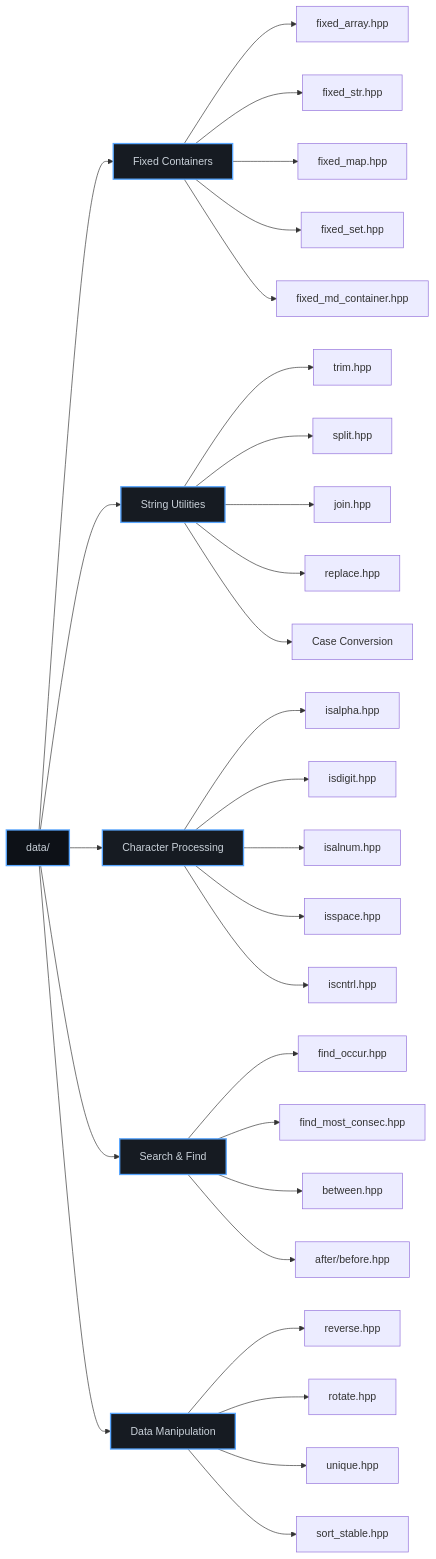
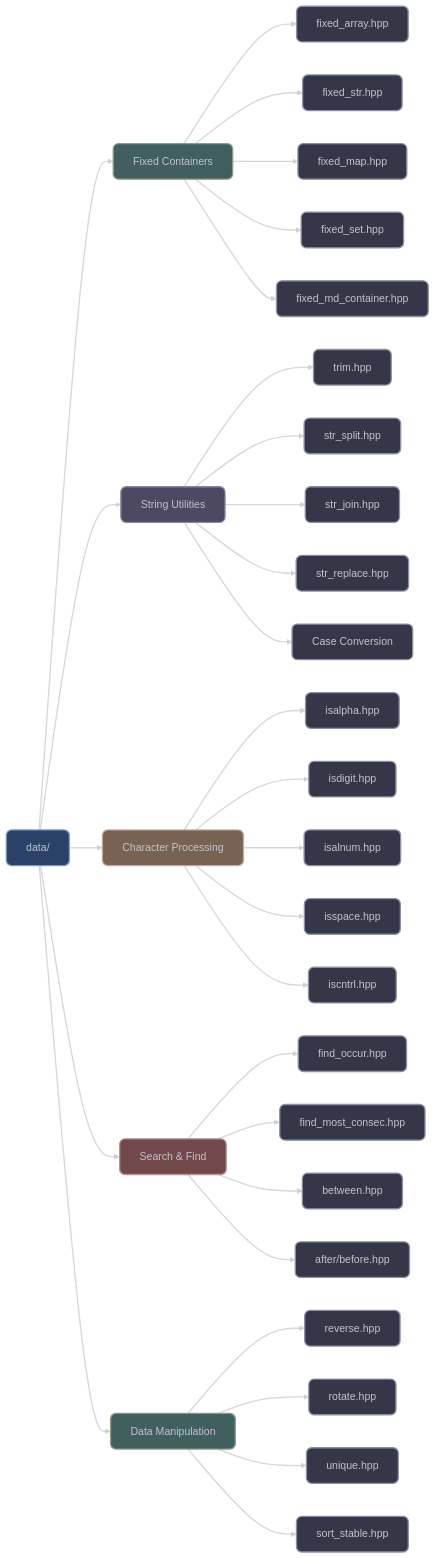
Before and after one commit to vorlac/xieite: the first of 3 diagrams in docs/src/categories/data/README.md, drawn with Mermaid. The commit also changed other lines of this file and 44 other files, not shown here.

````diff
--- a/docs/src/categories/data/README.md
+++ b/docs/src/categories/data/README.md
@@ -7,5 +7,43 @@
 ```mermaid
-graph LR
+---
+config:
+    theme: 'base'
+    curve: 'straight'
+    themeVariables:
+        darkMode: true
+        clusterBkg: '#22272f62'
+        clusterBorder: '#6a6f77ff'
+        clusterTextColor: '#6a6f77ff'
+        lineColor: '#C1C4CAAA'
+        background: '#262B33'
+        primaryColor: '#2b4268ff'
+        primaryTextColor: '#C1C4CAff'
+        primaryBorderColor: '#6a6f77ff'
+        primaryLabelBkg: '#262B33'
+        secondaryColor: '#425f5fff'
+        secondaryBorderColor: '#8c9c81ff'
+        secondaryTextColor: '#C1C4CAff'
+        tertiaryColor: '#4d4962ff'
+        tertiaryBorderColor: '#8983a5ff'
+        tertiaryTextColor: '#eeeeee55'
+        nodeTextColor: '#C1C4CA'
+        defaultLinkColor: '#C1C4CA'
+        edgeLabelBackground: '#262B33'
+        edgeLabelBorderColor: '#C1C4CAff'
+        labelTextColor: '#ffffff'
+        errorBkgColor: '#724848ff'
+        errorTextColor: '#C1C4CA'
+        flowchart:
+            curve: 'basis'
+            nodeSpacing: 50
+            rankSpacing: 50
+            subGraphTitleMargin:
+                top: 15
+                bottom: 15
+                left: 15
+                right: 15
+---
+flowchart LR
     Data[data/]
 
     Data --> Fixed[Fixed Containers]
@@ -21,9 +59,9 @@
     Fixed --> fixed_md[fixed_md_container.hpp]
 
     Str --> trim[trim.hpp]
-    Str --> split[split.hpp]
-    Str --> join[join.hpp]
-    Str --> replace[replace.hpp]
+    Str --> split[str_split.hpp]
+    Str --> join[str_join.hpp]
+    Str --> replace[str_replace.hpp]
     Str --> case[Case Conversion]
 
     Char --> isalpha[isalpha.hpp]
@@ -48,4 +86,38 @@
     style Char fill:#161b22,stroke:#58a6ff,stroke-width:2px,color:#c9d1d9
     style Search fill:#161b22,stroke:#58a6ff,stroke-width:2px,color:#c9d1d9
     style Manip fill:#161b22,stroke:#58a6ff,stroke-width:2px,color:#c9d1d9
+
+
+    linkStyle default stroke:#C1C4CAaa,stroke-width:2px,color:#C1C4CAaa
+
+    style Data fill:#2b4268ff,stroke:#779DC9ff,stroke-width:2px,color:#C1C4CA,rx:8,ry:8
+    style Fixed fill:#425f5fff,stroke:#8c9c81ff,stroke-width:2px,color:#C1C4CA,rx:8,ry:8
+    style Str fill:#4d4962ff,stroke:#8983a5ff,stroke-width:2px,color:#C1C4CA,rx:8,ry:8
+    style Char fill:#7a6253ff,stroke:#c7ac9bff,stroke-width:2px,color:#C1C4CA,rx:8,ry:8
+    style Search fill:#724848ff,stroke:#ac9696ff,stroke-width:2px,color:#C1C4CA,rx:8,ry:8
+    style Manip fill:#425f5fff,stroke:#8c9c81ff,stroke-width:2px,color:#C1C4CA,rx:8,ry:8
+
+    style fixed_array fill: #353748ff,stroke:#8c90a4ff,stroke-width:2px,color:#C1C4CA,rx:8,ry:8
+    style fixed_str fill: #353748ff,stroke:#8c90a4ff,stroke-width:2px,color:#C1C4CA,rx:8,ry:8
+    style fixed_map fill: #353748ff,stroke:#8c90a4ff,stroke-width:2px,color:#C1C4CA,rx:8,ry:8
+    style fixed_set fill: #353748ff,stroke:#8c90a4ff,stroke-width:2px,color:#C1C4CA,rx:8,ry:8
+    style fixed_md fill: #353748ff,stroke:#8c90a4ff,stroke-width:2px,color:#C1C4CA,rx:8,ry:8
+    style trim fill: #353748ff,stroke:#8c90a4ff,stroke-width:2px,color:#C1C4CA,rx:8,ry:8
+    style split fill: #353748ff,stroke:#8c90a4ff,stroke-width:2px,color:#C1C4CA,rx:8,ry:8
+    style join fill: #353748ff,stroke:#8c90a4ff,stroke-width:2px,color:#C1C4CA,rx:8,ry:8
+    style replace fill: #353748ff,stroke:#8c90a4ff,stroke-width:2px,color:#C1C4CA,rx:8,ry:8
+    style case fill: #353748ff,stroke:#8c90a4ff,stroke-width:2px,color:#C1C4CA,rx:8,ry:8
+    style isalpha fill: #353748ff,stroke:#8c90a4ff,stroke-width:2px,color:#C1C4CA,rx:8,ry:8
+    style isdigit fill: #353748ff,stroke:#8c90a4ff,stroke-width:2px,color:#C1C4CA,rx:8,ry:8
+    style isalnum fill: #353748ff,stroke:#8c90a4ff,stroke-width:2px,color:#C1C4CA,rx:8,ry:8
+    style isspace fill: #353748ff,stroke:#8c90a4ff,stroke-width:2px,color:#C1C4CA,rx:8,ry:8
+    style iscntrl fill: #353748ff,stroke:#8c90a4ff,stroke-width:2px,color:#C1C4CA,rx:8,ry:8
+    style find_occur fill: #353748ff,stroke:#8c90a4ff,stroke-width:2px,color:#C1C4CA,rx:8,ry:8
+    style find_consec fill: #353748ff,stroke:#8c90a4ff,stroke-width:2px,color:#C1C4CA,rx:8,ry:8
+    style between fill: #353748ff,stroke:#8c90a4ff,stroke-width:2px,color:#C1C4CA,rx:8,ry:8
+    style after fill: #353748ff,stroke:#8c90a4ff,stroke-width:2px,color:#C1C4CA,rx:8,ry:8
+    style reverse fill: #353748ff,stroke:#8c90a4ff,stroke-width:2px,color:#C1C4CA,rx:8,ry:8
+    style rotate fill: #353748ff,stroke:#8c90a4ff,stroke-width:2px,color:#C1C4CA,rx:8,ry:8
+    style unique fill: #353748ff,stroke:#8c90a4ff,stroke-width:2px,color:#C1C4CA,rx:8,ry:8
+    style sort fill: #353748ff,stroke:#8c90a4ff,stroke-width:2px,color:#C1C4CA,rx:8,ry:8
 ```
````
